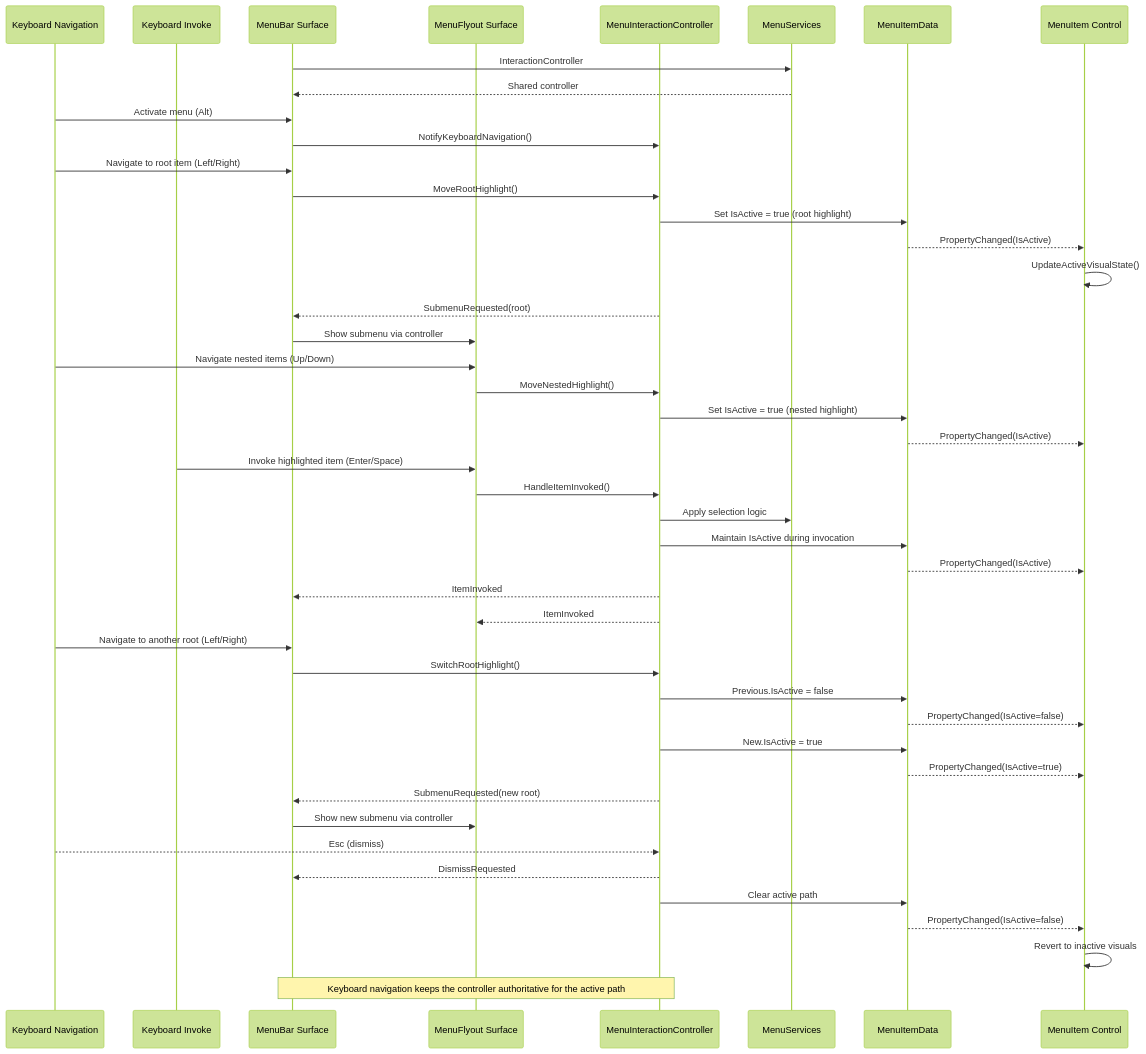
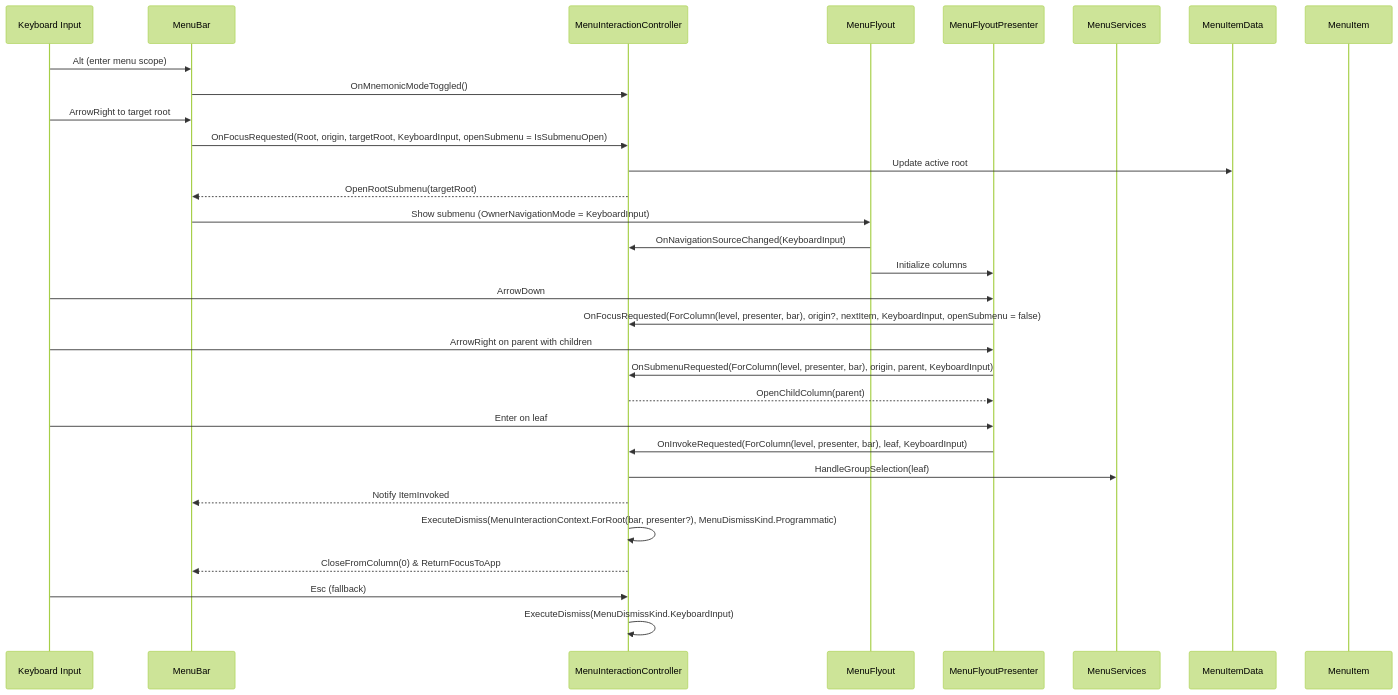
One commit to abdes/DroidNet changed the second of 3 diagrams in projects/Controls/Menus/refactor.md. Above: the diagram before and after it, drawn with Mermaid (forest theme). The commit also changed other lines of this file and 33 other files, not shown here.

First line of the commit message:
feat(menus): menu interaction enhancements and new features

````diff
--- a/projects/Controls/Menus/refactor.md
+++ b/projects/Controls/Menus/refactor.md
@@ -86,51 +115,34 @@
 ```mermaid
 sequenceDiagram
-  participant Keyboard as Keyboard Navigation
-  participant Invoke as Keyboard Invoke
-  participant Bar as MenuBar Surface
-  participant Flyout as MenuFlyout Surface
+  participant Keyboard as Keyboard Input
+  participant Bar as MenuBar
   participant Controller as MenuInteractionController
+  participant Flyout as MenuFlyout
+  participant Presenter as MenuFlyoutPresenter
   participant Services as MenuServices
   participant Data as MenuItemData
-  participant Control as MenuItem Control
+  participant Item as MenuItem
 
-  Bar->>Services: InteractionController
-  Services-->>Bar: Shared controller
-  Keyboard->>Bar: Activate menu (Alt)
-  Bar->>Controller: NotifyKeyboardNavigation()
-  Keyboard->>Bar: Navigate to root item (Left/Right)
-  Bar->>Controller: MoveRootHighlight()
-  Controller->>Data: Set IsActive = true (root highlight)
-  Data-->>Control: PropertyChanged(IsActive)
-  Control->>Control: UpdateActiveVisualState()
-  Controller-->>Bar: SubmenuRequested(root)
-  Bar->>Flyout: Show submenu via controller
-  Keyboard->>Flyout: Navigate nested items (Up/Down)
-  Flyout->>Controller: MoveNestedHighlight()
-  Controller->>Data: Set IsActive = true (nested highlight)
-  Data-->>Control: PropertyChanged(IsActive)
-  Invoke->>Flyout: Invoke highlighted item (Enter/Space)
-  Flyout->>Controller: HandleItemInvoked()
-  Controller->>Services: Apply selection logic
-  Controller->>Data: Maintain IsActive during invocation
-  Data-->>Control: PropertyChanged(IsActive)
-  Controller-->>Bar: ItemInvoked
-  Controller-->>Flyout: ItemInvoked
-
-  Keyboard->>Bar: Navigate to another root (Left/Right)
-  Bar->>Controller: SwitchRootHighlight()
-  Controller->>Data: Previous.IsActive = false
-  Data-->>Control: PropertyChanged(IsActive=false)
-  Controller->>Data: New.IsActive = true
-  Data-->>Control: PropertyChanged(IsActive=true)
-  Controller-->>Bar: SubmenuRequested(new root)
-  Bar->>Flyout: Show new submenu via controller
-
-  Keyboard-->>Controller: Esc (dismiss)
-  Controller-->>Bar: DismissRequested
-  Controller->>Data: Clear active path
-  Data-->>Control: PropertyChanged(IsActive=false)
-  Control->>Control: Revert to inactive visuals
-
-  Note over Bar,Controller: Keyboard navigation keeps the controller authoritative for the active path
+  Keyboard->>Bar: Alt (enter menu scope)
+  Bar->>Controller: OnMnemonicModeToggled()
+  Keyboard->>Bar: ArrowRight to target root
+  Bar->>Controller: OnFocusRequested(Root, origin, targetRoot, KeyboardInput, openSubmenu = IsSubmenuOpen)
+  Controller->>Data: Update active root
+  Controller-->>Bar: OpenRootSubmenu(targetRoot)
+  Bar->>Flyout: Show submenu (OwnerNavigationMode = KeyboardInput)
+  Flyout->>Controller: OnNavigationSourceChanged(KeyboardInput)
+  Flyout->>Presenter: Initialize columns
+  Keyboard->>Presenter: ArrowDown
+  Presenter->>Controller: OnFocusRequested(ForColumn(level, presenter, bar), origin?, nextItem, KeyboardInput, openSubmenu = false)
+  Keyboard->>Presenter: ArrowRight on parent with children
+  Presenter->>Controller: OnSubmenuRequested(ForColumn(level, presenter, bar), origin, parent, KeyboardInput)
+  Controller-->>Presenter: OpenChildColumn(parent)
+  Keyboard->>Presenter: Enter on leaf
+  Presenter->>Controller: OnInvokeRequested(ForColumn(level, presenter, bar), leaf, KeyboardInput)
+  Controller->>Services: HandleGroupSelection(leaf)
+  Controller-->>Bar: Notify ItemInvoked
+  Controller->>Controller: ExecuteDismiss(MenuInteractionContext.ForRoot(bar, presenter?), MenuDismissKind.Programmatic)
+  Controller-->>Bar: CloseFromColumn(0) & ReturnFocusToApp
+  Keyboard->>Controller: Esc (fallback)
+  Controller->>Controller: ExecuteDismiss(MenuDismissKind.KeyboardInput)
 ```
````
